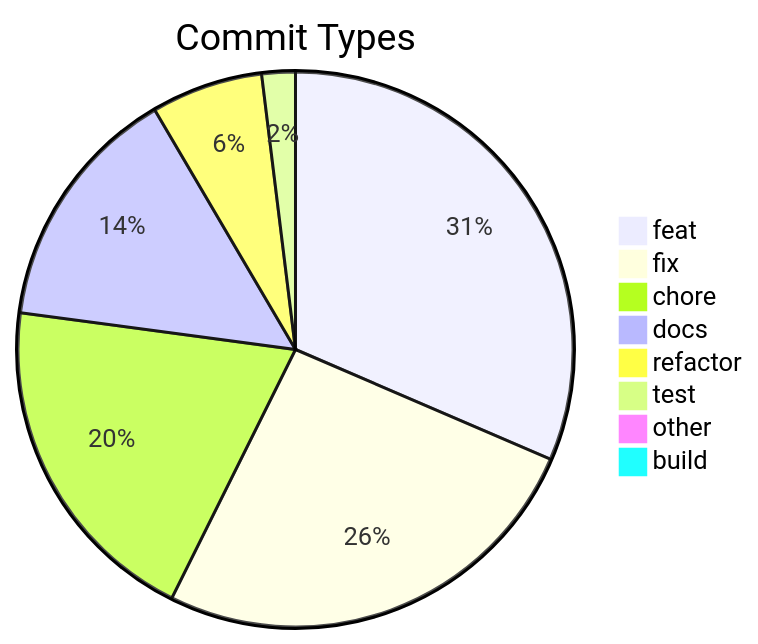
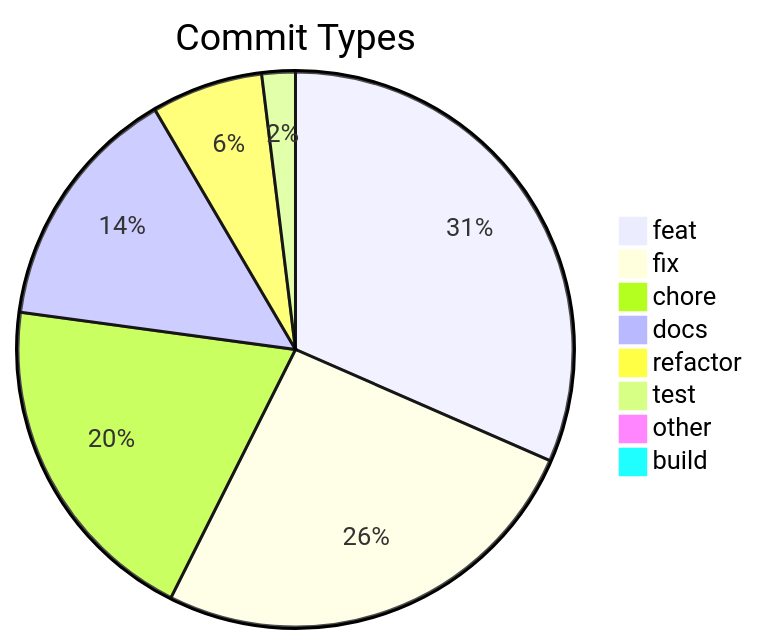
The diagram in .shipwright/compliance/change-history.md (svenroth-ai/shipwright), drawn with Mermaid before and after one commit. The commit also changed other lines of this file and 15 other files, not shown here.

````diff
--- a/.shipwright/compliance/change-history.md
+++ b/.shipwright/compliance/change-history.md
@@ -8,11 +8,11 @@
 ```mermaid
 pie title Commit Types
-    "feat" : 242
+    "feat" : 243
     "fix" : 199
     "chore" : 152
     "docs" : 111
     "refactor" : 50
     "test" : 15
     "other" : 7
     "build" : 1
 ```
````
